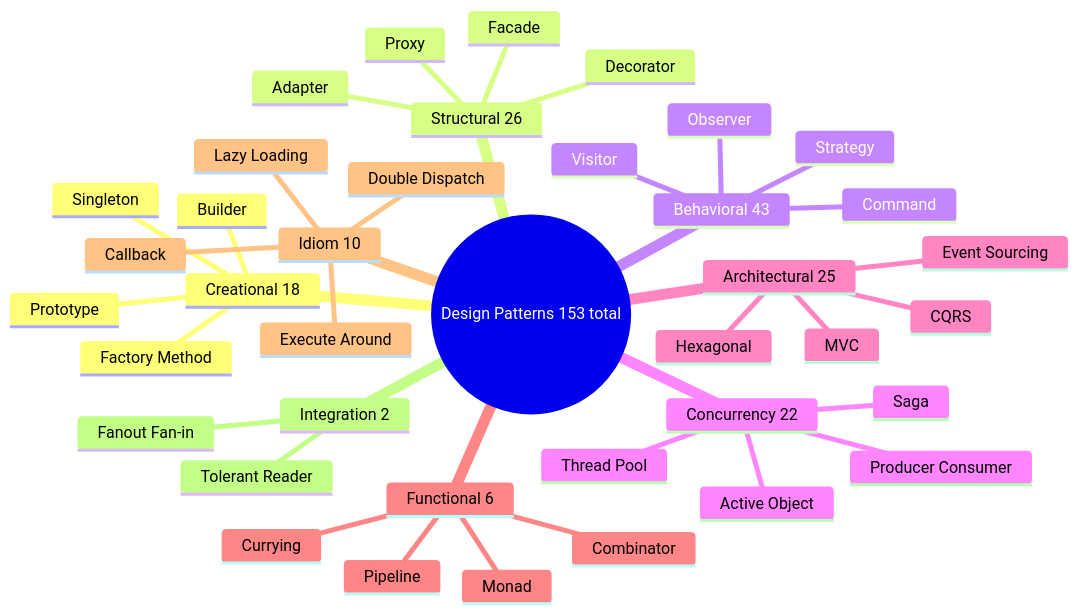
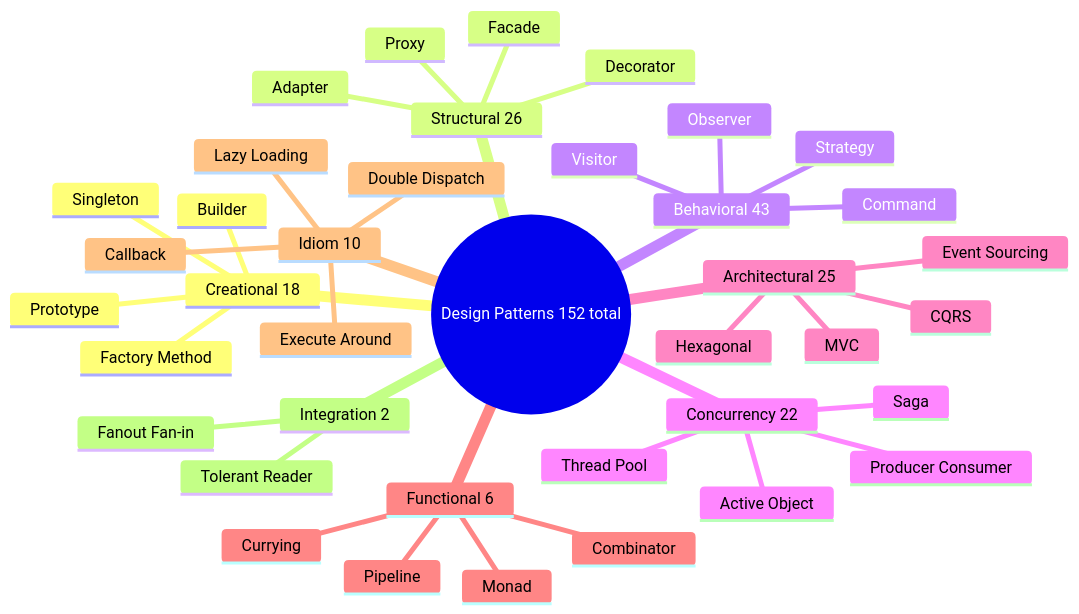
The diagram in README.md (dadhich-ashish/java-design-patterns), drawn with Mermaid before and after one commit. The commit also changed other lines of this file and 1 other file, not shown here.

Commit message:
docs: fix count of patterns, reviewed by  github-actions

````diff
--- a/README.md
+++ b/README.md
@@ -50,42 +50,42 @@
 ```mermaid
 mindmap
-  root((Design Patterns 153 total))
+  root((Design Patterns 152 total))
     Creational 18
       Builder
       Factory Method
       Singleton
       Prototype
     Structural 26
       Adapter
       Decorator
       Proxy
       Facade
     Behavioral 43
       Observer
       Strategy
       Command
       Visitor
     Concurrency 22
       Producer Consumer
       Thread Pool
       Active Object
       Saga
     Architectural 25
       CQRS
       Hexagonal
       Event Sourcing
       MVC
     Functional 6
       Monad
       Currying
       Pipeline
       Combinator
     Idiom 10
       Callback
       Lazy Loading
       Execute Around
       Double Dispatch
     Integration 2
       Fanout Fan-in
       Tolerant Reader
 ```
````
